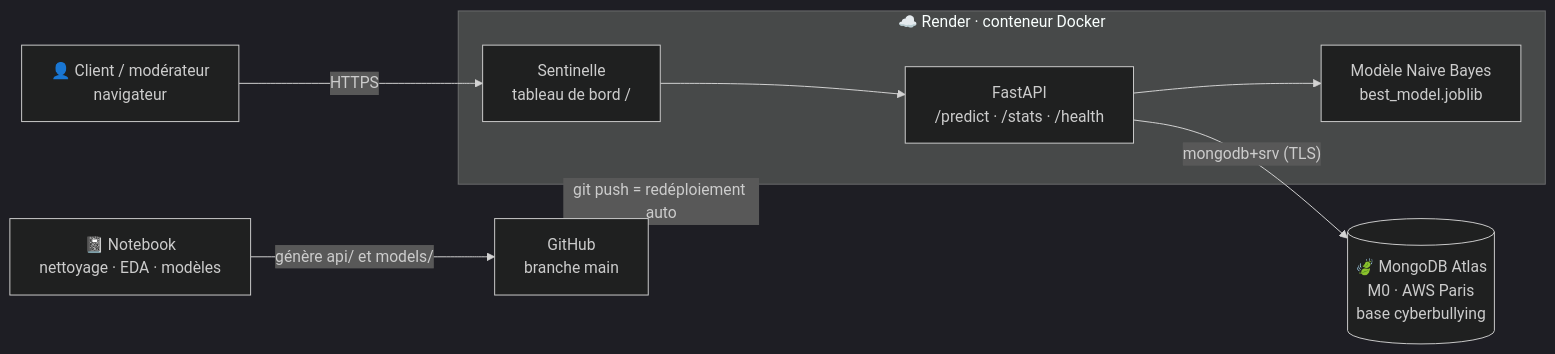
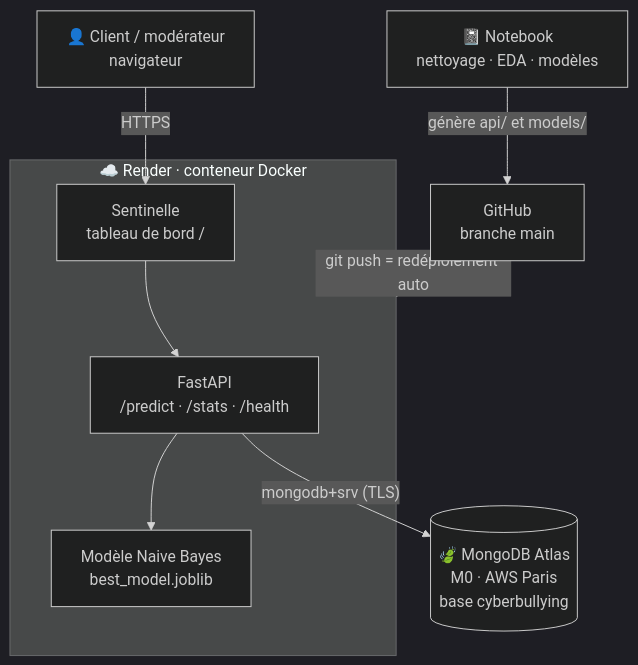
One commit to Badreddine993/CyberBullying changed the diagram in README.md. Above: the diagram before and after it, drawn with Mermaid (dark theme). The commit also changed other lines of this file, not shown here.

Commit message:
README: readable architecture diagram, working table of contents

````diff
--- a/README.md
+++ b/README.md
@@ -74,13 +74,13 @@
 ```mermaid
-flowchart LR
+flowchart TB
     NB["📓 Notebook<br/>nettoyage · EDA · modèles"] -->|génère api/ et models/| GH["GitHub<br/>branche main"]
     GH -->|git push = redéploiement auto| R
     subgraph R["☁️ Render · conteneur Docker"]
         API["FastAPI<br/>/predict · /stats · /health"]
         UI["Sentinelle<br/>tableau de bord /"]
         M["Modèle Naive Bayes<br/>best_model.joblib"]
         UI --> API --> M
     end
     U["👤 Client / modérateur<br/>navigateur"] -->|HTTPS| UI
     API -->|"mongodb+srv (TLS)"| DB[("🍃 MongoDB Atlas<br/>M0 · AWS Paris<br/>base cyberbullying")]
 ```
````
